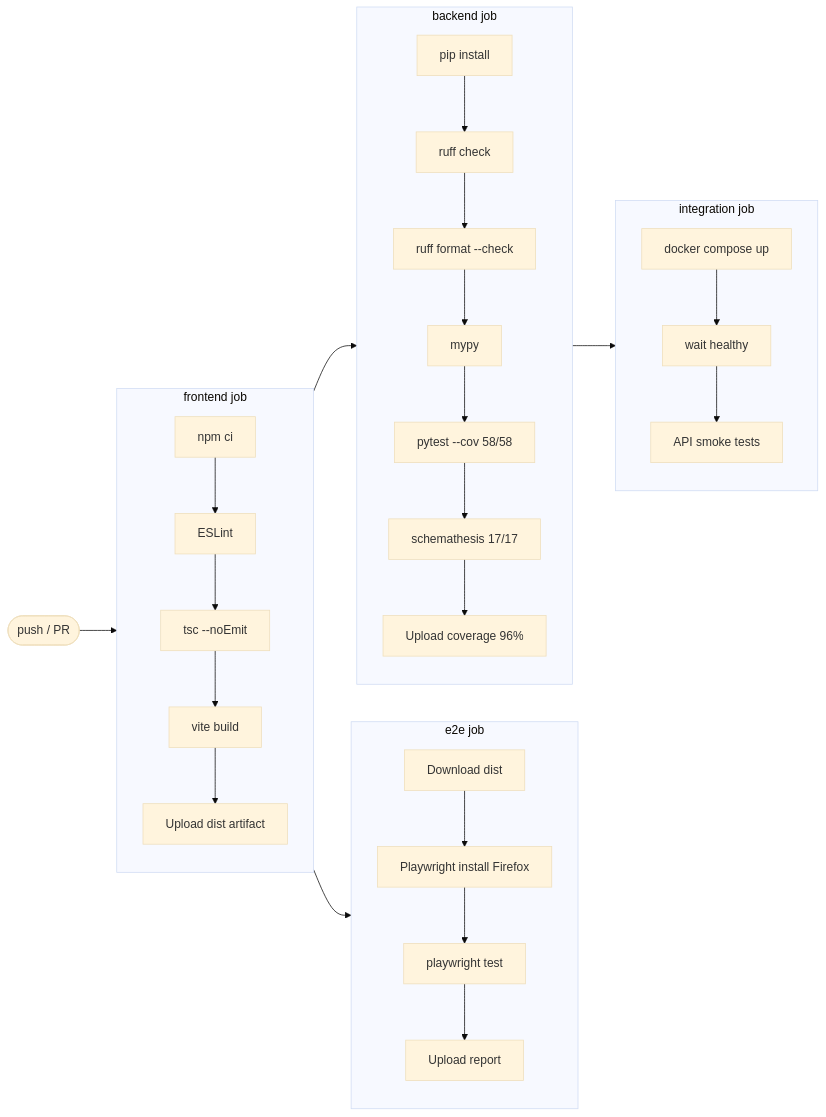
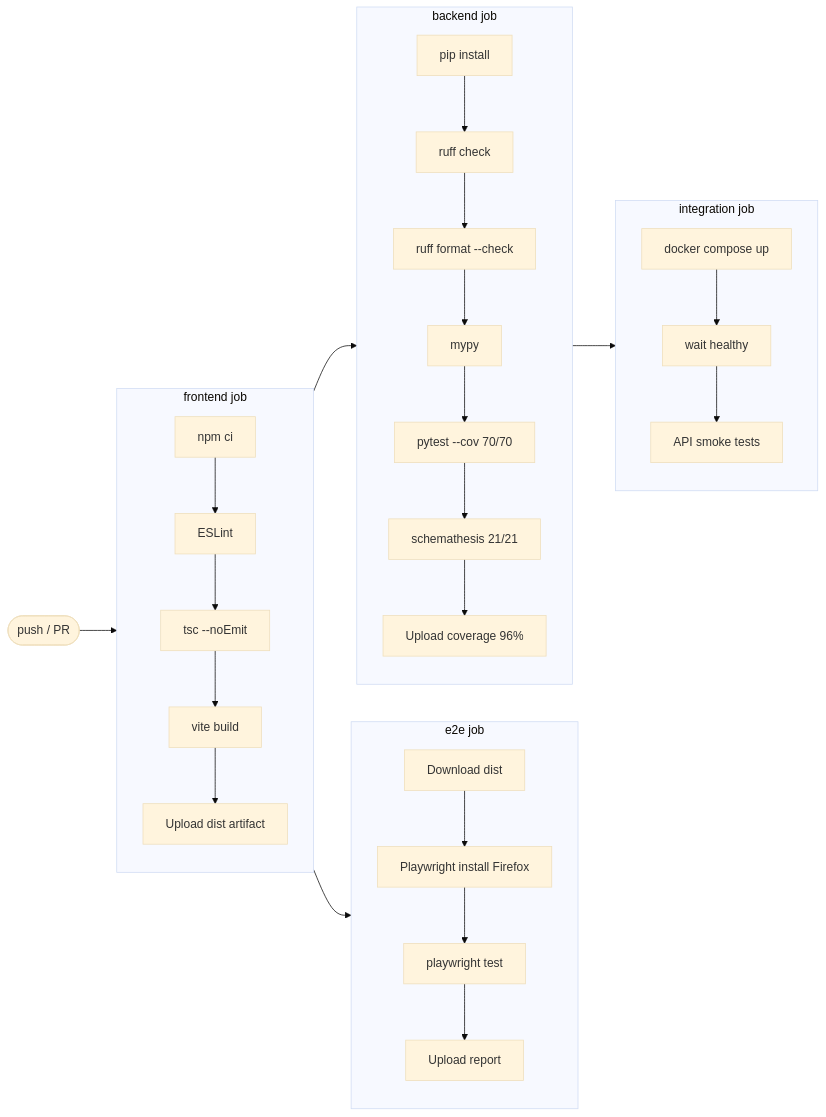
Before and after one commit to Kensan196948G/ArcSphere3D: the second of 3 diagrams in README.md, drawn with Mermaid (base theme). The commit also changed other lines of this file, not shown here.

````diff
--- a/README.md
+++ b/README.md
@@ -136,35 +139,35 @@
 ```mermaid
 flowchart LR
     A([push / PR]) --> F
 
     subgraph F["frontend job"]
         F1[npm ci] --> F2[ESLint]
         F2 --> F3[tsc --noEmit]
         F3 --> F4[vite build]
         F4 --> F5[Upload dist artifact]
     end
 
     subgraph E["e2e job"]
         E1[Download dist] --> E2[Playwright install Firefox]
         E2 --> E3[playwright test]
         E3 --> E4[Upload report]
     end
 
     subgraph B["backend job"]
         B1[pip install] --> B2[ruff check]
         B2 --> B3[ruff format --check]
         B3 --> B4[mypy]
-        B4 --> B5[pytest --cov 58/58]
-        B5 --> B6[schemathesis 17/17]
+        B4 --> B5[pytest --cov 70/70]
+        B5 --> B6[schemathesis 21/21]
         B6 --> B7[Upload coverage 96%]
     end
 
     subgraph I["integration job"]
         I1[docker compose up] --> I2[wait healthy]
         I2 --> I3[API smoke tests]
     end
 
     F --> E
     F --> B
     B --> I
 ```
````
